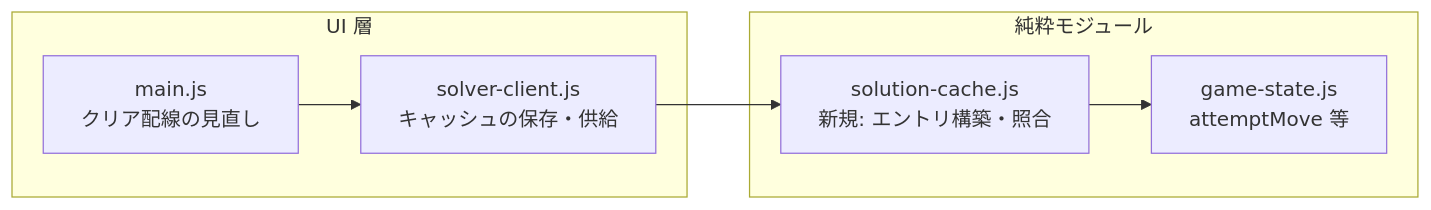
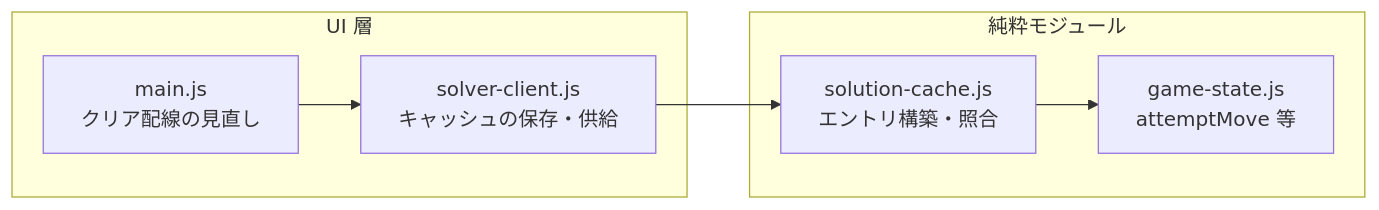
Before and after one commit to sh2/freecell-classic: the diagram in docs/solution-cache-plan.md, drawn with Mermaid. The commit also changed other lines of this file and 3 other files, not shown here.

First line of the commit message:
docs: align README, UI state matrix and solution-cache plan with the implementation

````diff
--- a/docs/solution-cache-plan.md
+++ b/docs/solution-cache-plan.md
@@ -91,14 +96,14 @@
 ```mermaid
 flowchart LR
     subgraph 純粋モジュール
-        SC["solution-cache.js<br/>新規: エントリ構築・照合"]
+        SC["solution-cache.js<br/>エントリ構築・照合"]
         GS["game-state.js<br/>attemptMove 等"]
     end
     subgraph UI 層
         CLI["solver-client.js<br/>キャッシュの保存・供給"]
         MAIN["main.js<br/>クリア配線の見直し"]
     end
     SC --> GS
     CLI --> SC
     MAIN --> CLI
 ```
````
